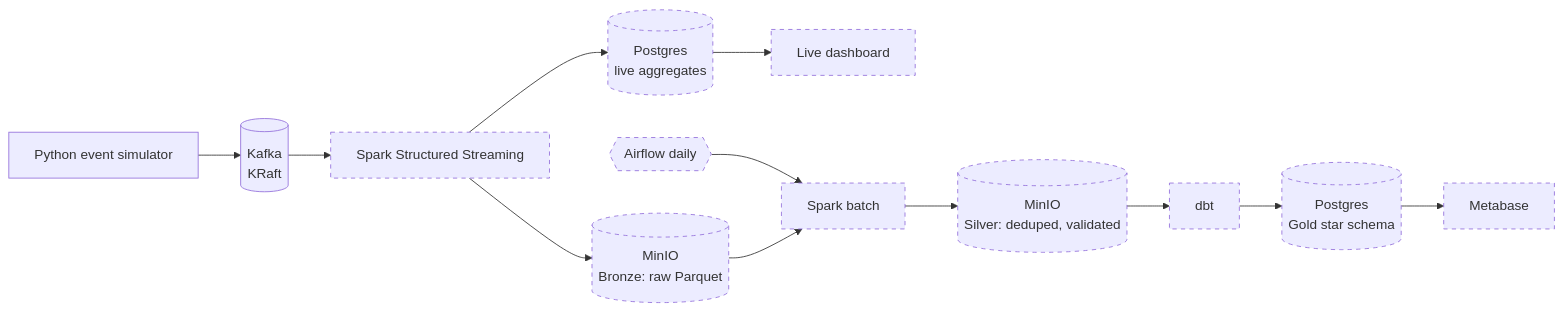
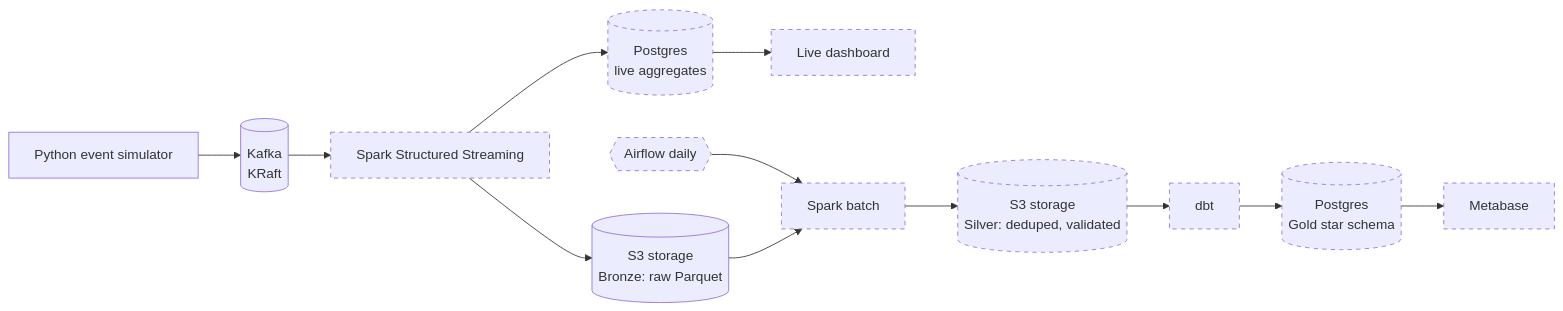
The diagram in README.md (Tanish626/electronics-streaming-platform), drawn with Mermaid before and after one commit. The commit also changed other lines of this file and 4 other files, not shown here.

````diff
--- a/README.md
+++ b/README.md
@@ -12,19 +13,19 @@
 ```mermaid
 flowchart LR
     SIM[Python event simulator] --> K[(Kafka<br/>KRaft)]
 
     K --> SS[Spark Structured Streaming]
-    SS --> BRONZE[(MinIO<br/>Bronze: raw Parquet)]
+    SS --> BRONZE[(S3 storage<br/>Bronze: raw Parquet)]
     SS --> LIVE[(Postgres<br/>live aggregates)]
     LIVE --> DASH[Live dashboard]
 
     AF{{Airflow daily}} --> SB[Spark batch]
     BRONZE --> SB
-    SB --> SILVER[(MinIO<br/>Silver: deduped, validated)]
+    SB --> SILVER[(S3 storage<br/>Silver: deduped, validated)]
     SILVER --> DBT[dbt]
     DBT --> GOLD[(Postgres<br/>Gold star schema)]
     GOLD --> MB[Metabase]
 
     classDef planned stroke-dasharray: 5 5
-    class SS,BRONZE,LIVE,DASH,AF,SB,SILVER,DBT,GOLD,MB planned
+    class SS,LIVE,DASH,AF,SB,SILVER,DBT,GOLD,MB planned
 ```
````
